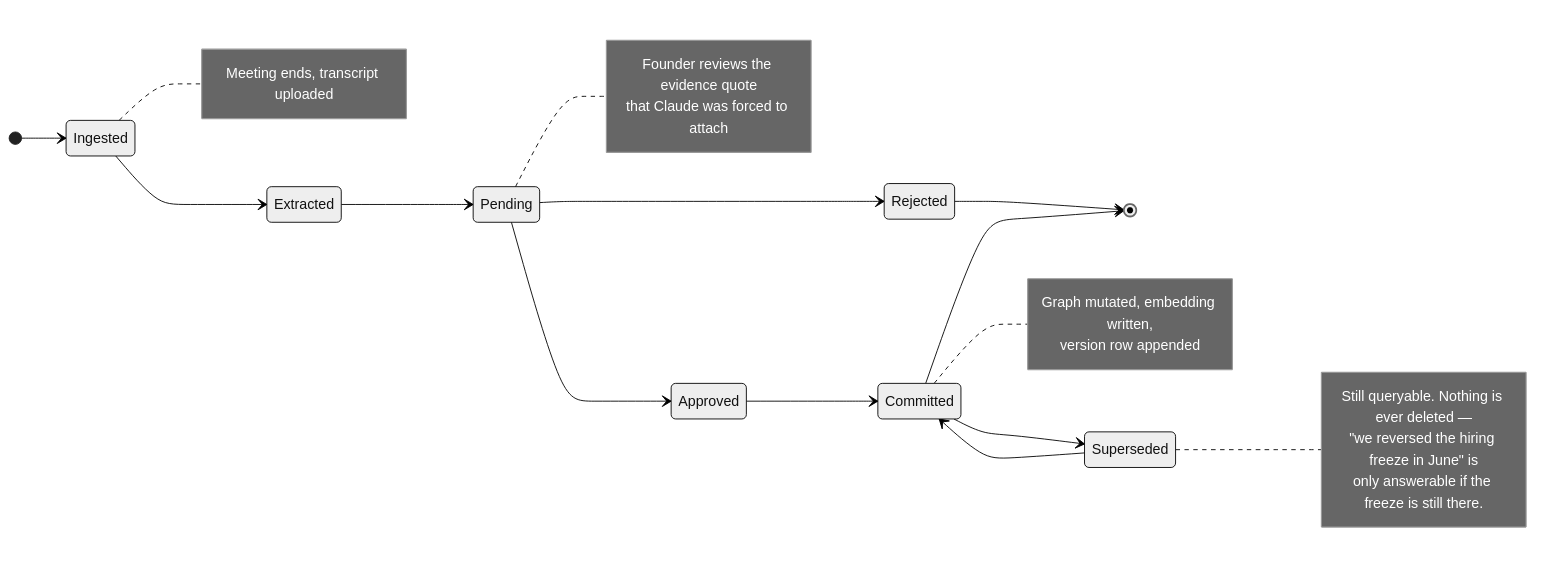
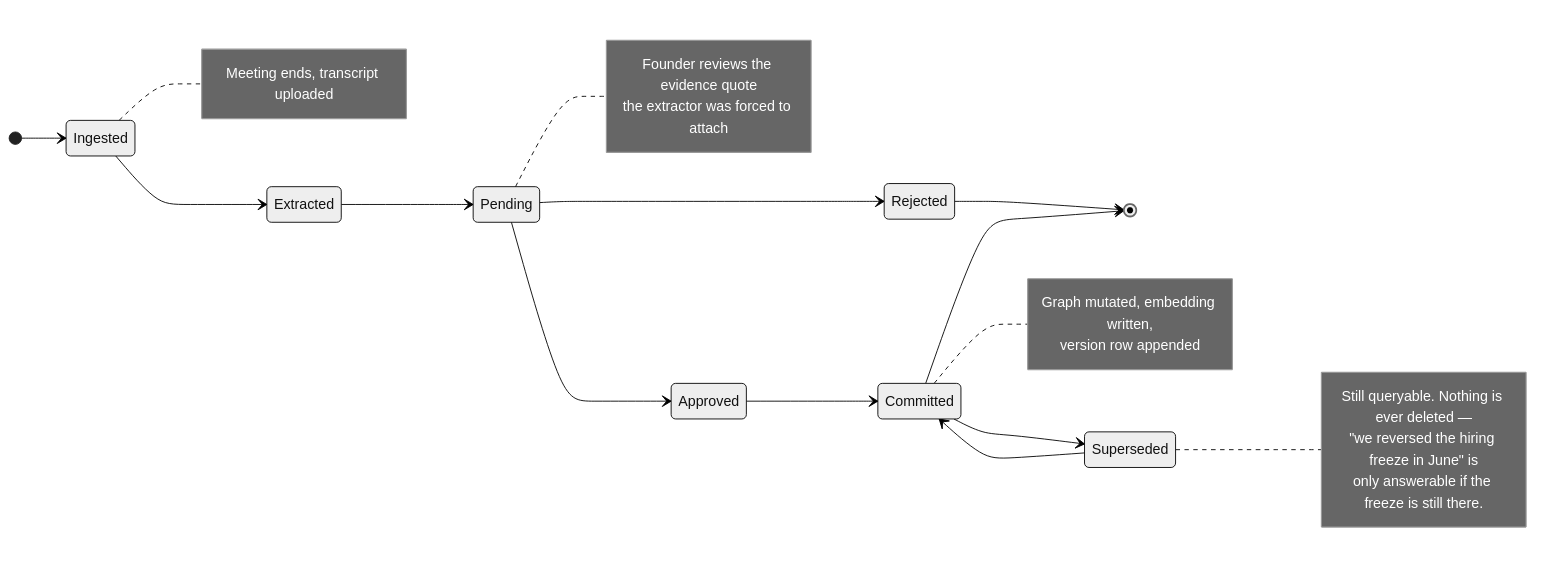
One commit to Cloverag/callosum changed the third of 3 diagrams in docs/architecture.md. Above: the diagram before and after it, drawn with Mermaid (neutral theme). The commit also changed other lines of this file, not shown here.

First line of the commit message:
docs(architecture): name the real extraction model, not an aspirational one

````diff
--- a/docs/architecture.md
+++ b/docs/architecture.md
@@ -113,35 +122,35 @@
 ```mermaid
 stateDiagram-v2
     direction LR
 
     [*] --> Ingested
     Ingested --> Extracted
     Extracted --> Pending
     Pending --> Approved
     Pending --> Rejected
     Approved --> Committed
     Rejected --> [*]
     Committed --> Superseded
     Superseded --> Committed
     Committed --> [*]
 
     note right of Ingested
         Meeting ends, transcript uploaded
     end note
 
     note right of Pending
         Founder reviews the evidence quote
-        that Claude was forced to attach
+        the extractor was forced to attach
     end note
 
     note right of Committed
         Graph mutated, embedding written,
         version row appended
     end note
 
     note right of Superseded
         Still queryable. Nothing is ever deleted —
         "we reversed the hiring freeze in June" is
         only answerable if the freeze is still there.
     end note
 ```
````
